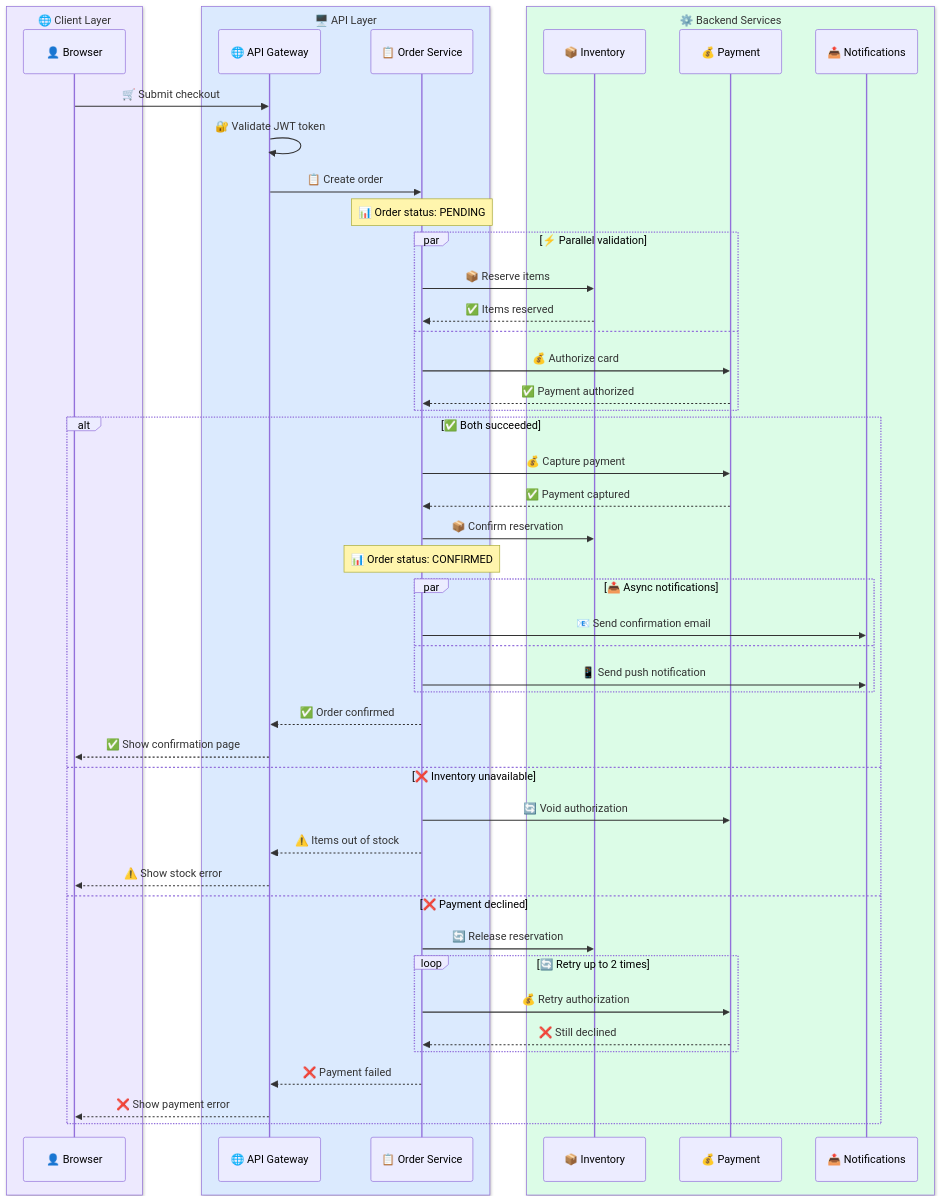
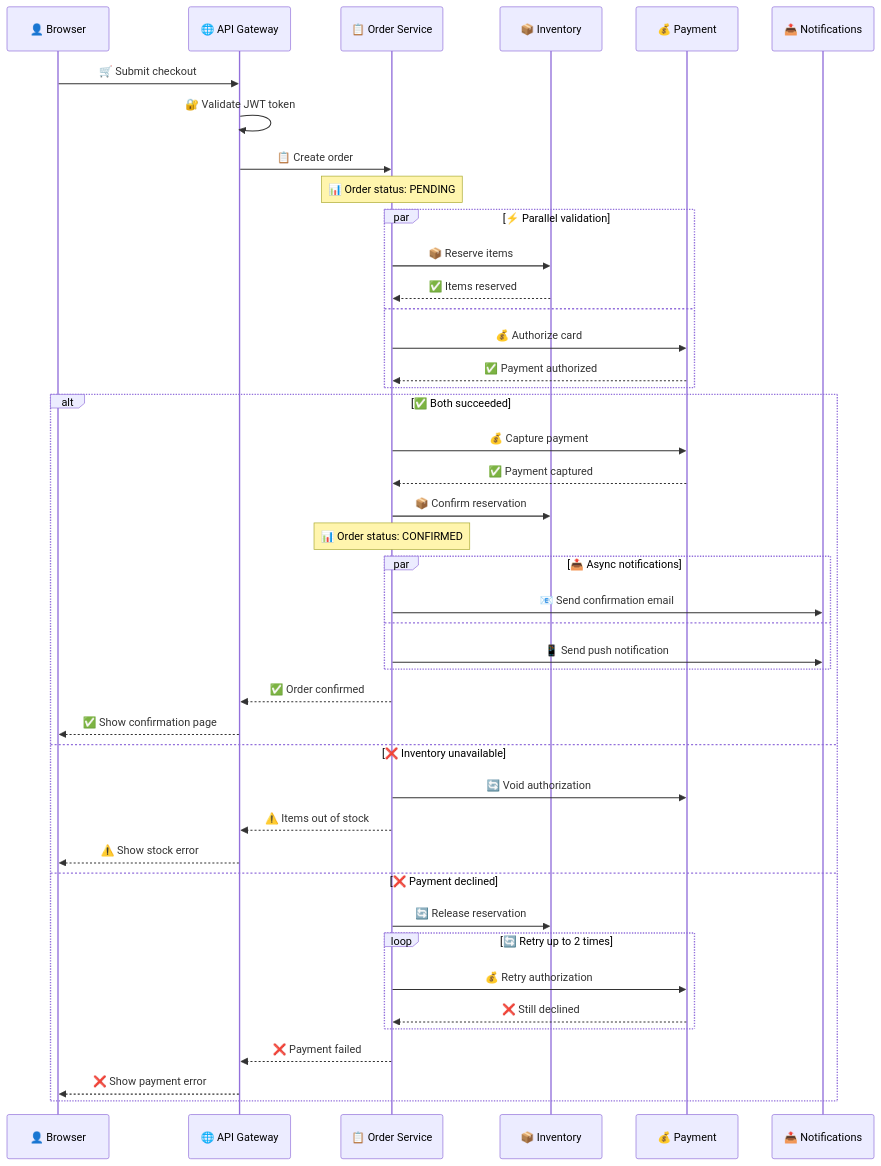
One commit to tourze/ai-experts changed the third of 3 diagrams in src/components/skills/markdown-mermaid-writing/references/diagrams/sequence.md. Above: the diagram before and after it, drawn with Mermaid. The commit also changed other lines of this file and 4 other files, not shown here.

Commit message:
fix(markdown): validate generated mermaid examples

````diff
--- a/src/components/skills/markdown-mermaid-writing/references/diagrams/sequence.md
+++ b/src/components/skills/markdown-mermaid-writing/references/diagrams/sequence.md
@@ -100,67 +100,59 @@
 ```mermaid
 sequenceDiagram
     accTitle: Microservices Checkout Flow
     accDescr: Multi-service checkout sequence showing parallel inventory and payment processing, error recovery with retries, and async notification dispatch across client, gateway, and backend service layers
 
-    box rgb(237,233,254) 🌐 Client Layer
-        participant browser as 👤 Browser
-    end
-
-    box rgb(219,234,254) 🖥️ API Layer
-        participant gw as 🌐 API Gateway
-        participant order as 📋 Order Service
-    end
-
-    box rgb(220,252,231) ⚙️ Backend Services
-        participant inventory as 📦 Inventory
-        participant payment as 💰 Payment
-        participant notify as 📤 Notifications
-    end
+    participant browser as 👤 Browser
+    participant gw as 🌐 API Gateway
+    participant order as 📋 Order Service
+    participant inventory as 📦 Inventory
+    participant payment as 💰 Payment
+    participant notify as 📤 Notifications
 
     browser->>gw: 🛒 Submit checkout
     gw->>gw: 🔐 Validate JWT token
     gw->>order: 📋 Create order
 
     Note over order: 📊 Order status: PENDING
 
     par ⚡ Parallel validation
         order->>inventory: 📦 Reserve items
         inventory-->>order: ✅ Items reserved
     and
         order->>payment: 💰 Authorize card
         payment-->>order: ✅ Payment authorized
     end
 
     alt ✅ Both succeeded
         order->>payment: 💰 Capture payment
         payment-->>order: ✅ Payment captured
         order->>inventory: 📦 Confirm reservation
 
         Note over order: 📊 Order status: CONFIRMED
 
         par 📤 Async notifications
             order->>notify: 📧 Send confirmation email
         and
             order->>notify: 📱 Send push notification
         end
 
         order-->>gw: ✅ Order confirmed
         gw-->>browser: ✅ Show confirmation page
 
     else ❌ Inventory unavailable
         order->>payment: 🔄 Void authorization
         order-->>gw: ⚠️ Items out of stock
         gw-->>browser: ⚠️ Show stock error
 
     else ❌ Payment declined
         order->>inventory: 🔄 Release reservation
 
         loop 🔄 Retry up to 2 times
             order->>payment: 💰 Retry authorization
             payment-->>order: ❌ Still declined
         end
 
         order-->>gw: ❌ Payment failed
         gw-->>browser: ❌ Show payment error
     end
 ```
````
